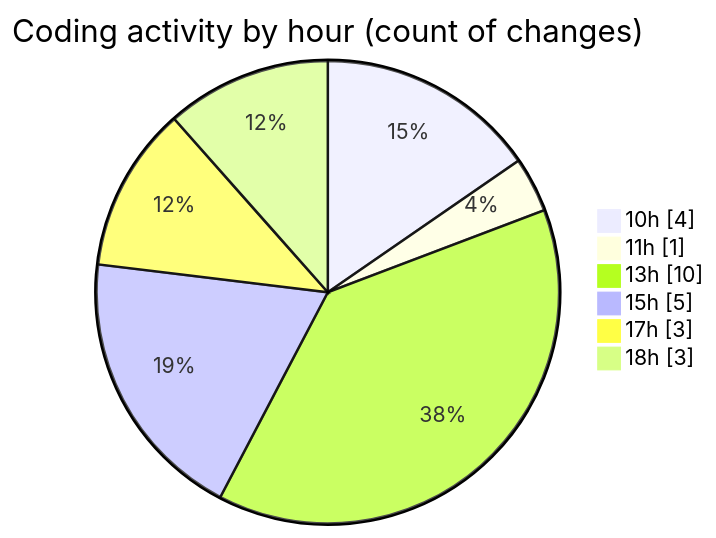
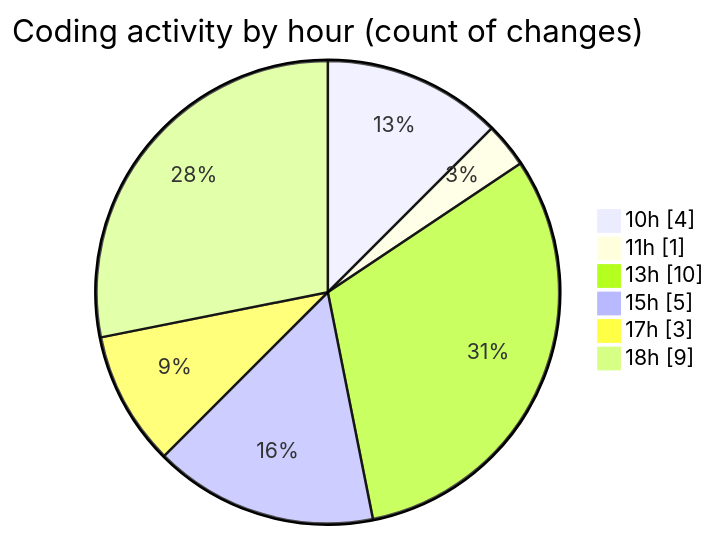
Before and after one commit to nxtqubesakshisongat/code-tracking: the second of 2 diagrams in 2025-06-06/nxtqube_webapp/README.md, drawn with Mermaid. The commit also changed other lines of this file and 1 other file, not shown here.

````diff
--- a/2025-06-06/nxtqube_webapp/README.md
+++ b/2025-06-06/nxtqube_webapp/README.md
@@ -28,10 +28,10 @@
 ```mermaid
 pie showData
 title Coding activity by hour (count of changes)
 "10h" : 4
 "11h" : 1
 "13h" : 10
 "15h" : 5
 "17h" : 3
-"18h" : 3
+"18h" : 9
 ```
````
